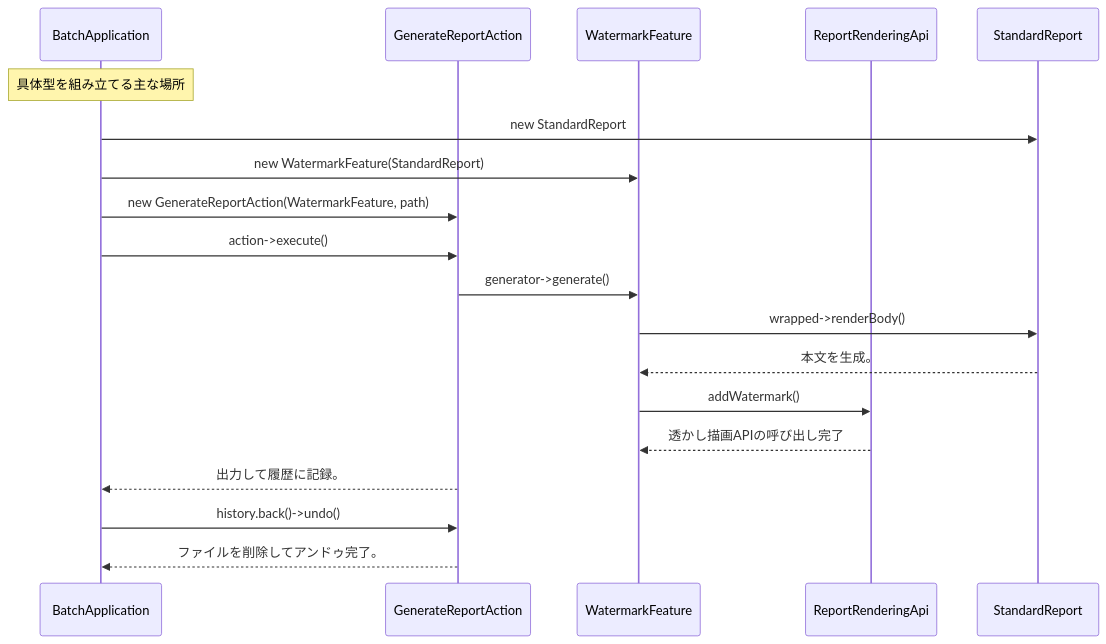
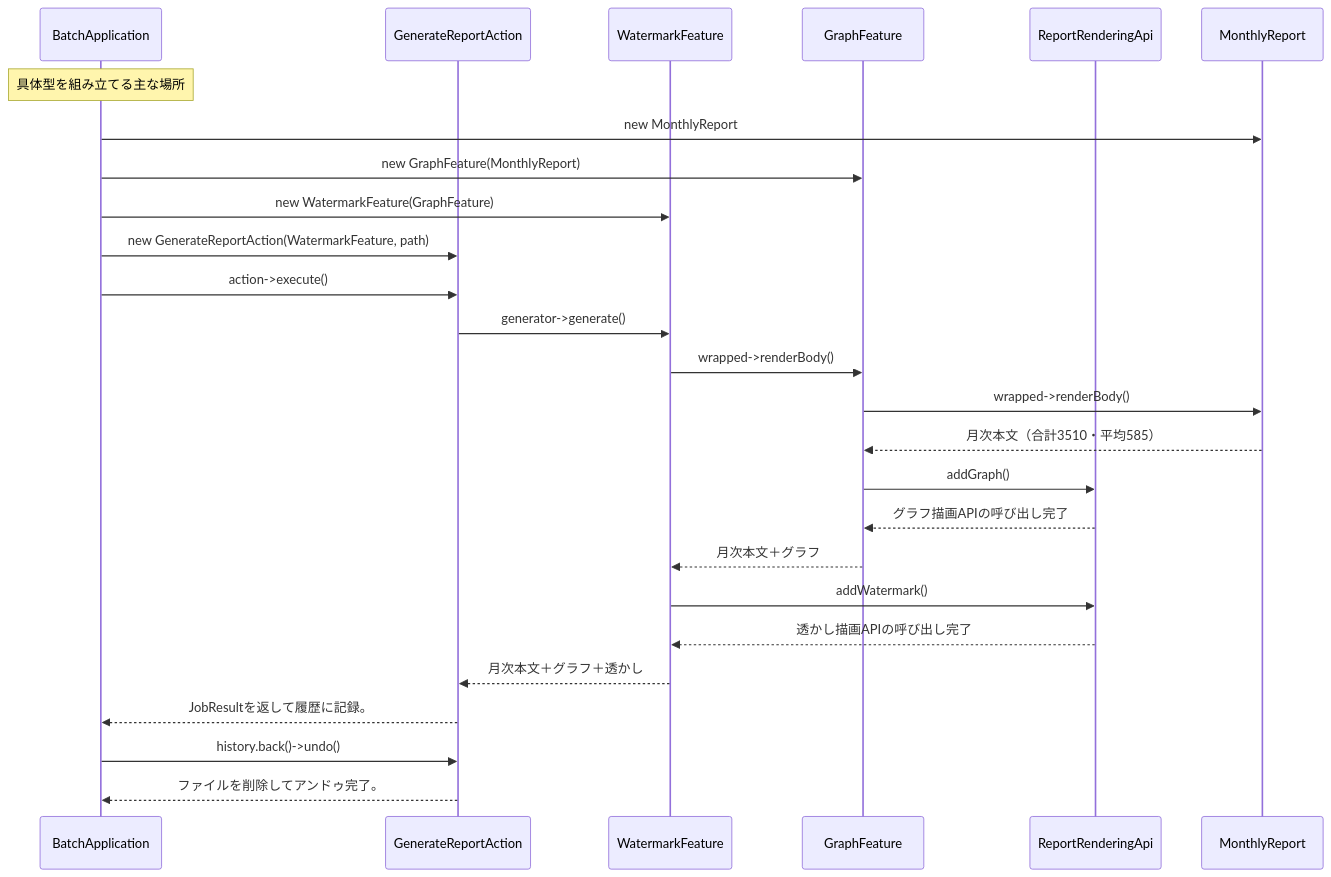
Before and after one commit to kumachan1101-pixel/DesignPattern: the ninth of 12 diagrams in kindle/design-patterns/output/chapter11.md, drawn with Mermaid. The commit also changed other lines of this file and 3 other files, not shown here.

Commit message:
docs: revise chapters 11 and 12 review flow

````diff
--- a/kindle/design-patterns/output/chapter11.md
+++ b/kindle/design-patterns/output/chapter11.md
@@ -1781,21 +2284,28 @@
 ```mermaid
 sequenceDiagram
     participant BA as BatchApplication
     participant GRA as GenerateReportAction
     participant WF as WatermarkFeature
+    participant GF as GraphFeature
     participant RRA as ReportRenderingApi
-    participant SR as StandardReport
+    participant MR as MonthlyReport
     Note over BA: 具体型を組み立てる主な場所
-    BA->>SR: new StandardReport
-    BA->>WF: new WatermarkFeature(StandardReport)
+    BA->>MR: new MonthlyReport
+    BA->>GF: new GraphFeature(MonthlyReport)
+    BA->>WF: new WatermarkFeature(GraphFeature)
     BA->>GRA: new GenerateReportAction(WatermarkFeature, path)
     BA->>GRA: action->execute()
     GRA->>WF: generator->generate()
-    WF->>SR: wrapped->renderBody()
-    SR-->>WF: 本文を生成。
+    WF->>GF: wrapped->renderBody()
+    GF->>MR: wrapped->renderBody()
+    MR-->>GF: 月次本文（合計3510・平均585）
+    GF->>RRA: addGraph()
+    RRA-->>GF: グラフ描画APIの呼び出し完了
+    GF-->>WF: 月次本文＋グラフ
     WF->>RRA: addWatermark()
     RRA-->>WF: 透かし描画APIの呼び出し完了
-    GRA-->>BA: 出力して履歴に記録。
+    WF-->>GRA: 月次本文＋グラフ＋透かし
+    GRA-->>BA: JobResultを返して履歴に記録。
     BA->>GRA: history.back()->undo()
     GRA-->>BA: ファイルを削除してアンドゥ完了。
 ```
````
